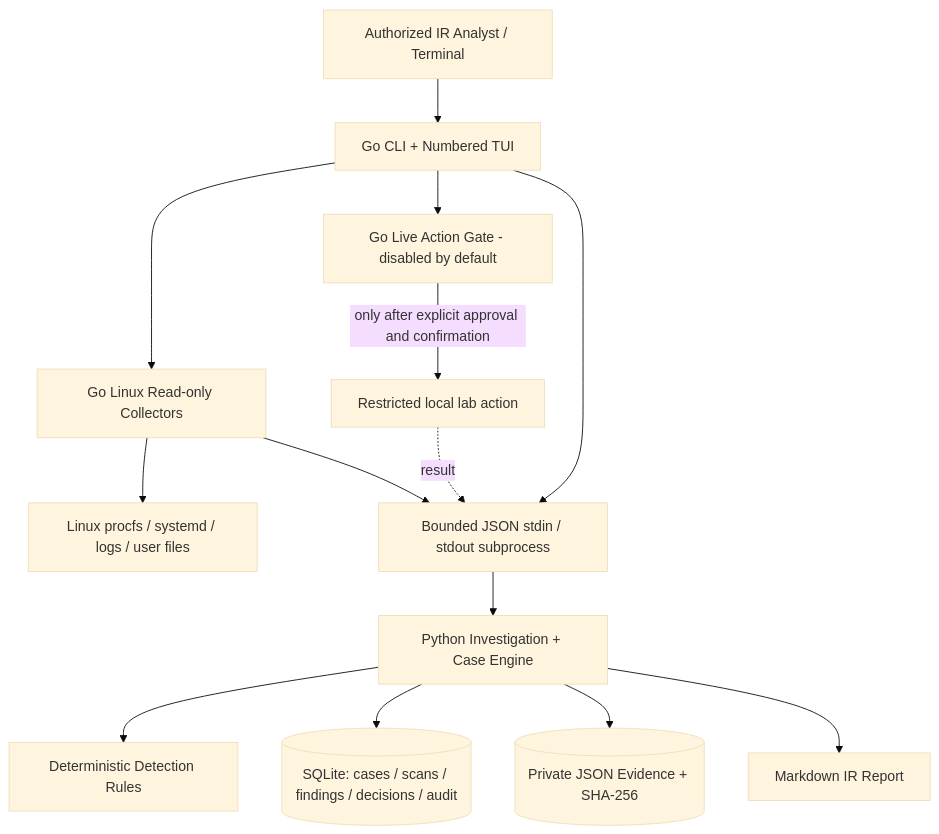
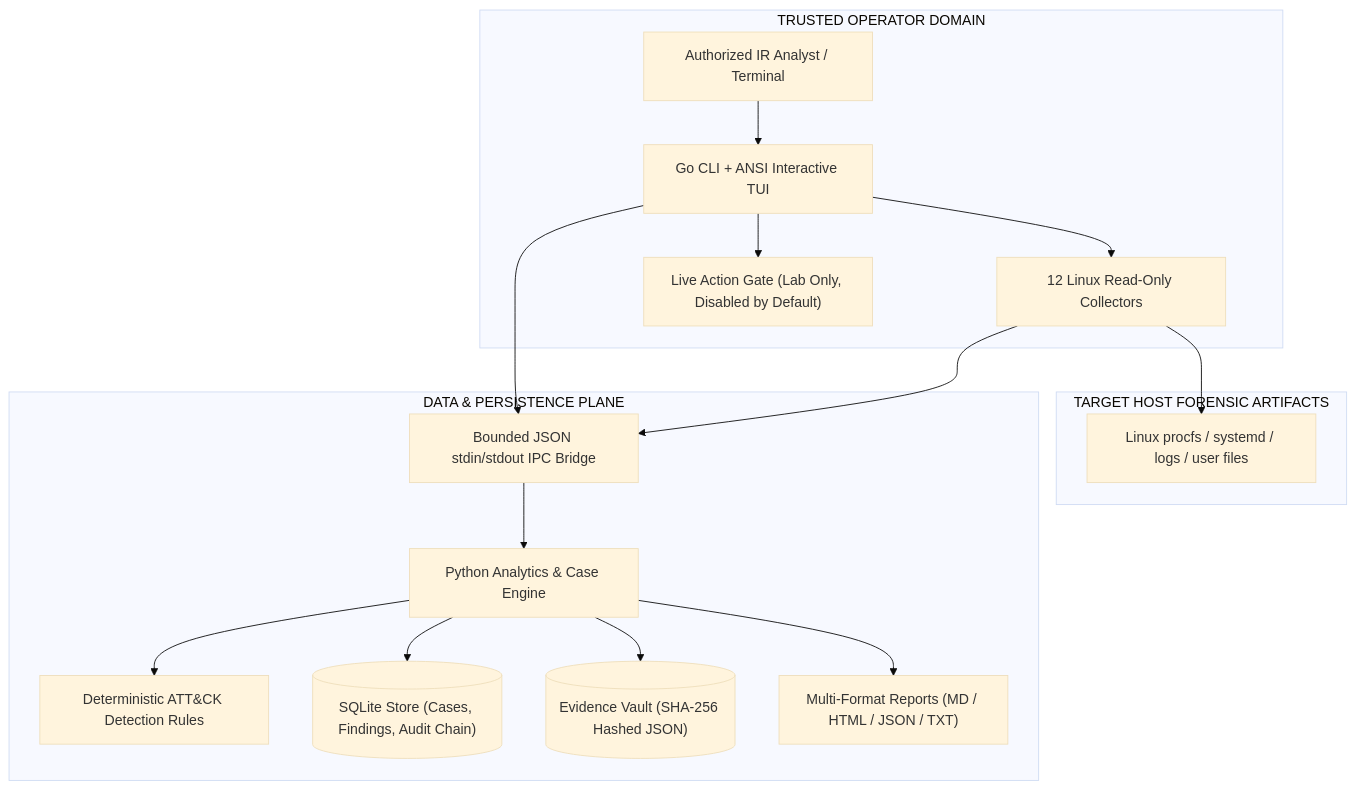
The first of 2 diagrams in docs/02-SYSTEM-ARCHITECTURE.md (shii9/AegisIR), drawn with Mermaid (base theme) before and after one commit. The commit also changed other lines of this file and 2 other files, not shown here.

Commit message:
docs: align architecture and workflow specifications with the 5-stage triage pipeline and interactive TUI

````diff
--- a/docs/02-SYSTEM-ARCHITECTURE.md
+++ b/docs/02-SYSTEM-ARCHITECTURE.md
@@ -7,16 +7,34 @@
 ```mermaid
 flowchart TB
-  Analyst[Authorized IR Analyst / Terminal] --> CLI[Go CLI + Numbered TUI]
-  CLI --> Collector[Go Linux Read-only Collectors]
-  CLI --> Gate[Go Live Action Gate - disabled by default]
-  Collector --> Linux[Linux procfs / systemd / logs / user files]
-  CLI --> Bridge[Bounded JSON stdin / stdout subprocess]
+  subgraph OPERATOR ["TRUSTED OPERATOR DOMAIN"]
+    Analyst["Authorized IR Analyst / Terminal"]
+    CLI["Go CLI + ANSI Interactive TUI"]
+    Collector["12 Linux Read-Only Collectors"]
+    Gate["Live Action Gate (Lab Only, Disabled by Default)"]
+  end
+
+  subgraph TARGET ["TARGET HOST FORENSIC ARTIFACTS"]
+    Host["Linux procfs / systemd / logs / user files"]
+  end
+
+  subgraph ENGINE ["DATA & PERSISTENCE PLANE"]
+    Bridge["Bounded JSON stdin/stdout IPC Bridge"]
+    Python["Python Analytics & Case Engine"]
+    Rules["Deterministic ATT&CK Detection Rules"]
+    DB[("SQLite Store (Cases, Findings, Audit Chain)")]
+    Evidence[("Evidence Vault (SHA-256 Hashed JSON)")]
+    Reports["Multi-Format Reports (MD / HTML / JSON / TXT)"]
+  end
+
+  Analyst --> CLI
+  CLI --> Collector
+  Collector --> Host
+  CLI --> Gate
+  CLI --> Bridge
   Collector --> Bridge
-  Bridge --> Engine[Python Investigation + Case Engine]
-  Engine --> Rules[Deterministic Detection Rules]
-  Engine --> DB[(SQLite: cases / scans / findings / decisions / audit)]
-  Engine --> Evidence[(Private JSON Evidence + SHA-256)]
-  Engine --> Report[Markdown IR Report]
-  Gate -->|only after explicit approval and confirmation| Local[Restricted local lab action]
-  Local -. result .-> Bridge
+  Bridge --> Python
+  Python --> Rules
+  Python --> DB
+  Python --> Evidence
+  Python --> Reports
 ```
````
